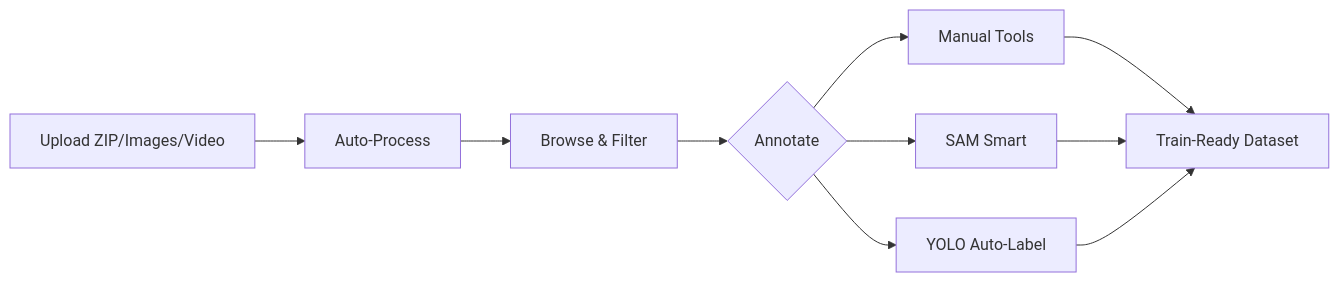
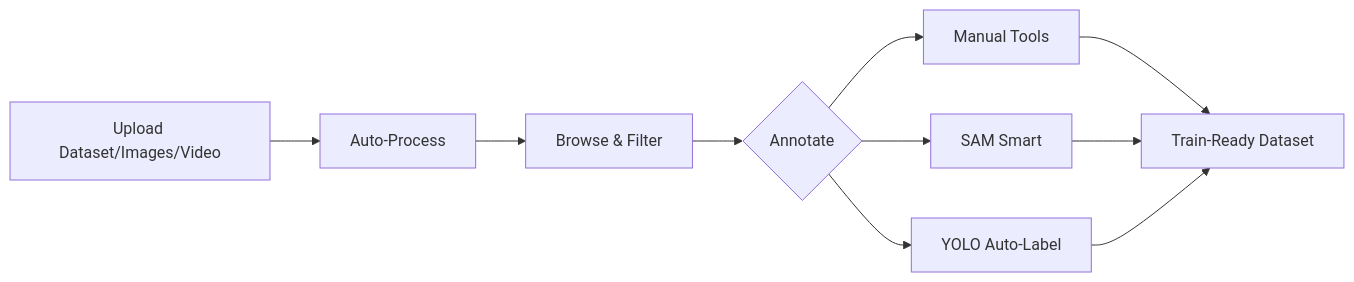
Before and after one commit to medusa717/AI-ULTRALYTICS: the second of 3 diagrams in docs/en/platform/index.md, drawn with Mermaid. The commit also changed other lines of this file and 6 other files, not shown here.

````diff
--- a/docs/en/platform/index.md
+++ b/docs/en/platform/index.md
@@ -111,12 +111,12 @@
 ```mermaid
 graph LR
-    A[Upload ZIP/Images/Video] --> B[Auto-Process]
+    A[Upload Dataset/Images/Video] --> B[Auto-Process]
     B --> C[Browse & Filter]
     C --> D{Annotate}
     D --> E[Manual Tools]
     D --> F[SAM Smart]
     D --> G[YOLO Auto-Label]
     E --> H[Train-Ready Dataset]
     F --> H
     G --> H
 ```
````
